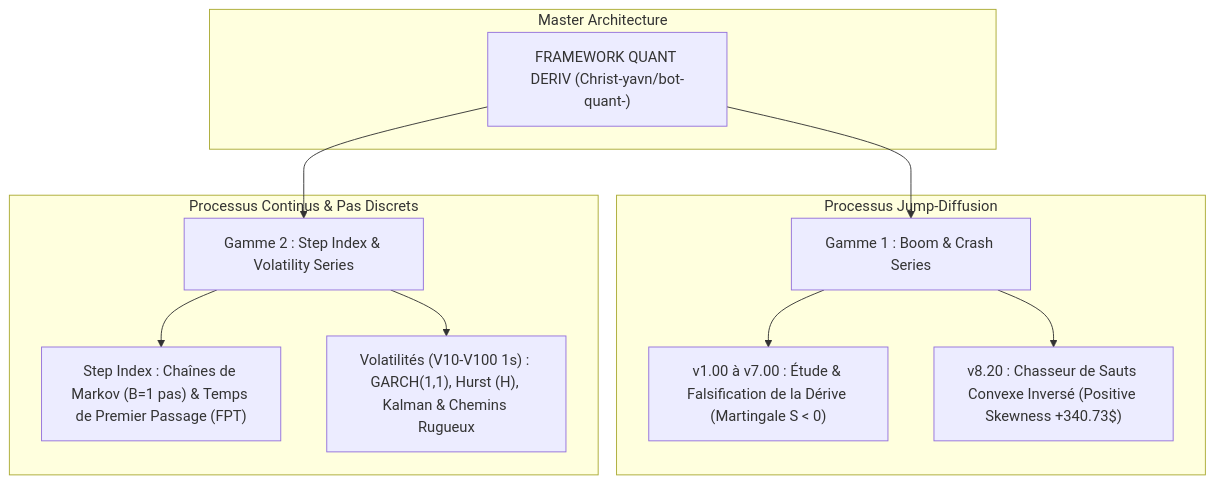
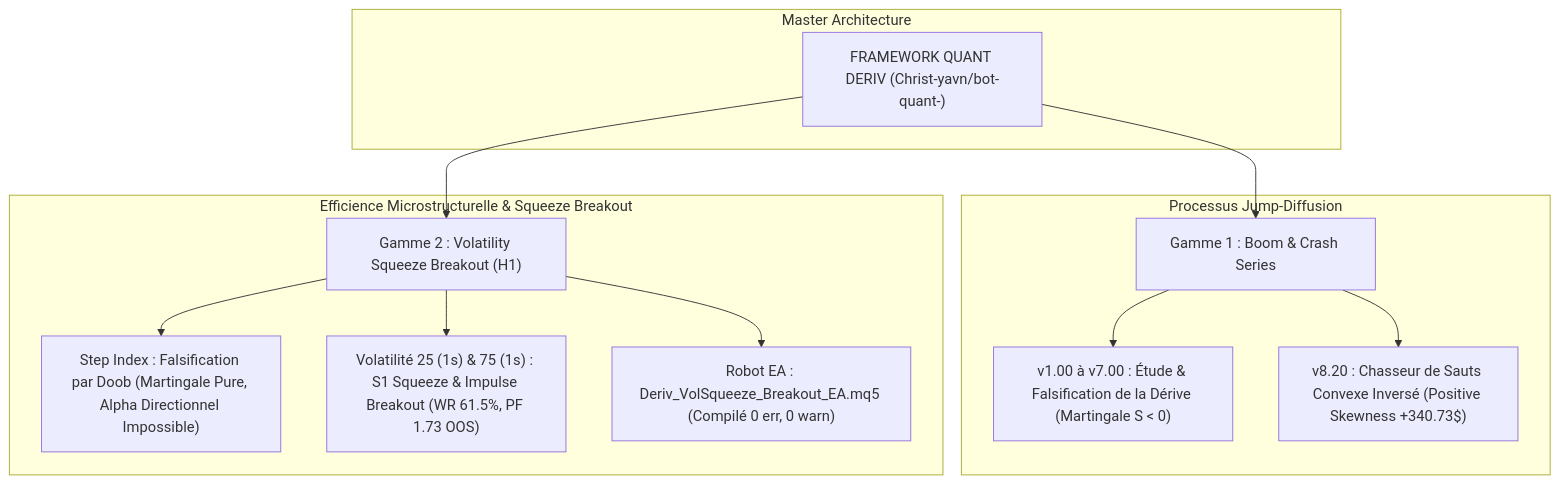
Before and after one commit to Christ-yavn/bot-quant-: the diagram in README.md, drawn with Mermaid. The commit also changed 4 other files, not shown here.

Commit message:
feat(phase2): integrate Phase 2 Alpha Audit, Deriv_VolSqueeze_Breakout_EA v2.00, and comprehensive documentation

````diff
--- a/README.md
+++ b/README.md
@@ -16,21 +16,22 @@
 ```mermaid
 flowchart TD
     subgraph Master Architecture
         ROOT["FRAMEWORK QUANT DERIV (Christ-yavn/bot-quant-)"]
     end
 
     subgraph TRACK 1: Gamme Boom & Crash [Processus Jump-Diffusion]
         T1["Gamme 1 : Boom & Crash Series"]
         T1 --> T1_A["v1.00 à v7.00 : Étude & Falsification de la Dérive (Martingale S < 0)"]
         T1 --> T1_B["v8.20 : Chasseur de Sauts Convexe Inversé (Positive Skewness +340.73$)"]
     end
 
-    subgraph TRACK 2: Gamme Step & Volatilités [Processus Continus & Pas Discrets]
-        T2["Gamme 2 : Step Index & Volatility Series"]
-        T2 --> T2_A["Step Index : Chaînes de Markov (B=1 pas) & Temps de Premier Passage (FPT)"]
-        T2 --> T2_B["Volatilités (V10-V100 1s) : GARCH(1,1), Hurst (H), Kalman & Chemins Rugueux"]
+    subgraph TRACK 2: Gamme Volatilité H1 [Efficience Microstructurelle & Squeeze Breakout]
+        T2["Gamme 2 : Volatility Squeeze Breakout (H1)"]
+        T2 --> T2_A["Step Index : Falsification par Doob (Martingale Pure, Alpha Directionnel Impossible)"]
+        T2 --> T2_B["Volatilité 25 (1s) & 75 (1s) : S1 Squeeze & Impulse Breakout (WR 61.5%, PF 1.73 OOS)"]
+        T2 --> T2_C["Robot EA : Deriv_VolSqueeze_Breakout_EA.mq5 (Compilé 0 err, 0 warn)"]
     end
 
     ROOT --> T1
     ROOT --> T2
 ```
````
